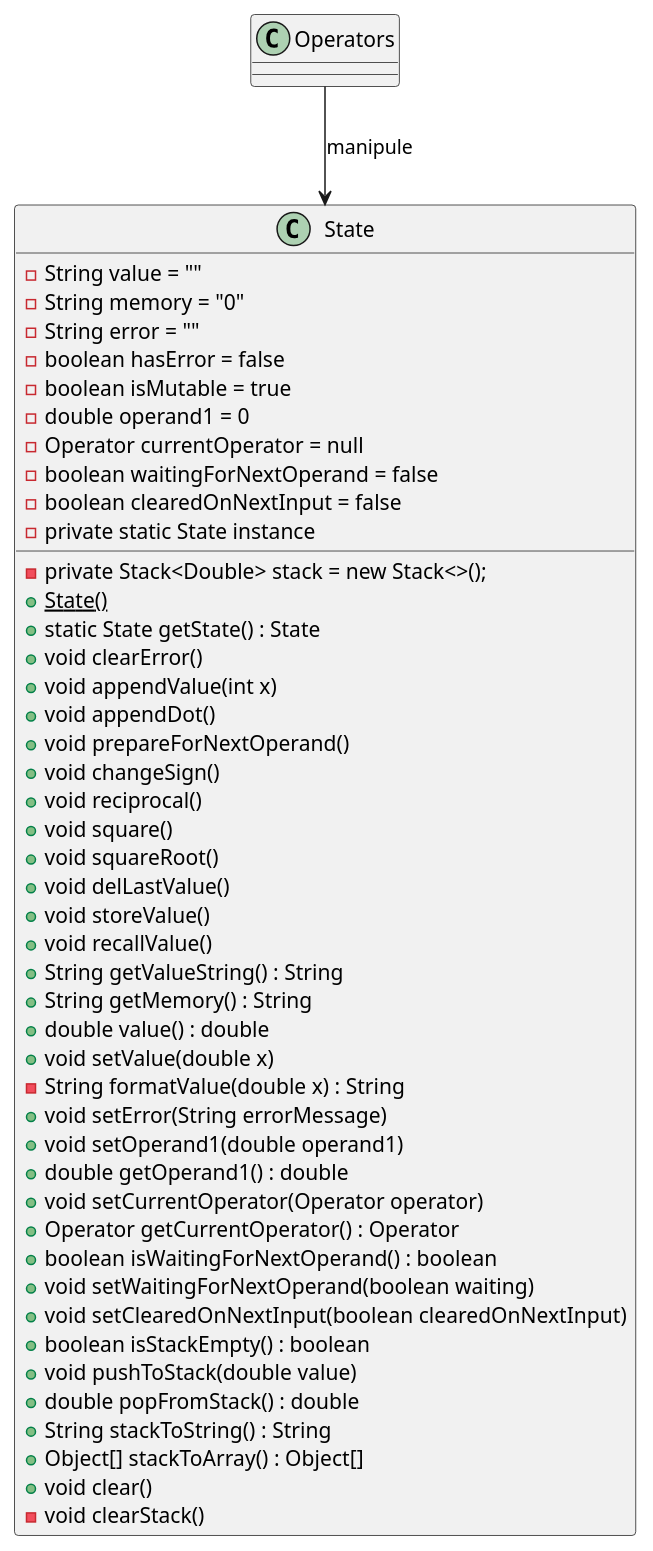
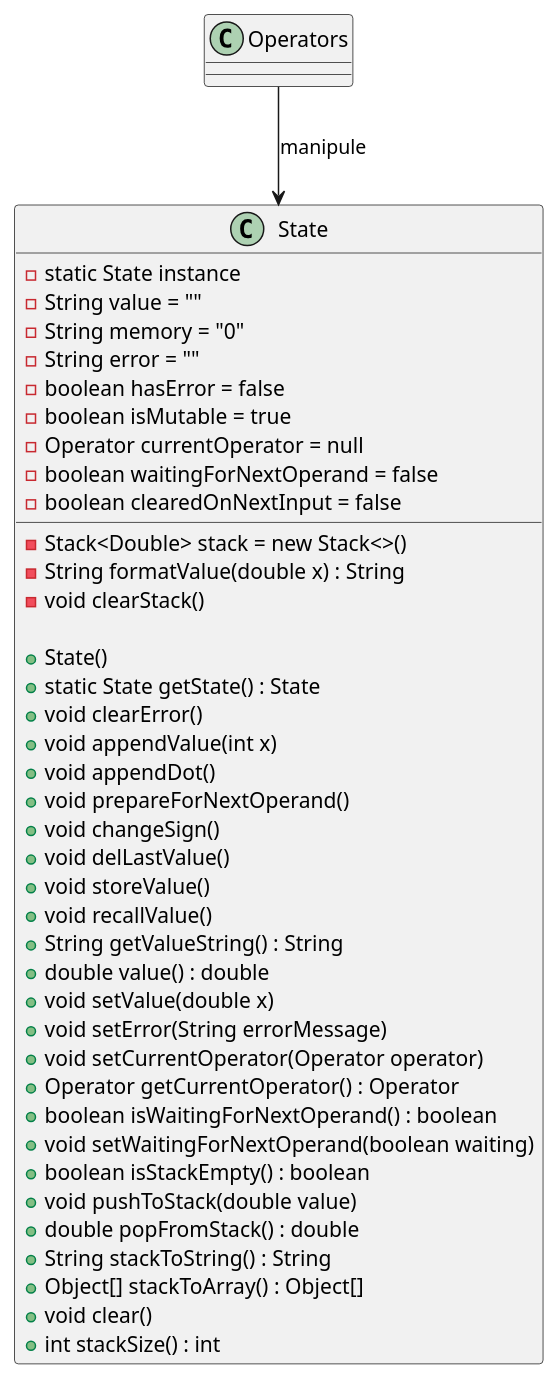
One commit to Dansnts/POO-Labo7 changed the diagram in UML_Diagrams/State_uml.puml. Above: the diagram before and after it, drawn with PlantUML. The commit also changed 15 other files, not shown here.

Commit message:
Tests OK + mise a jour finale des UML

```diff
--- a/UML_Diagrams/State_uml.puml
+++ b/UML_Diagrams/State_uml.puml
@@ -1,51 +1,44 @@
 @startuml
 class State {
+    - static State instance
     - String value = ""
     - String memory = "0"
     - String error = ""
     - boolean hasError = false
     - boolean isMutable = true
-    - double operand1 = 0
     - Operator currentOperator = null
     - boolean waitingForNextOperand = false
     - boolean clearedOnNextInput = false
-    - private Stack<Double> stack = new Stack<>();
-    - private static State instance
+    - Stack<Double> stack = new Stack<>()
+    - String formatValue(double x) : String
+    - void clearStack()
 
-    + State() {static}
+    + State()
     + static State getState() : State
     + void clearError()
     + void appendValue(int x)
     + void appendDot()
     + void prepareForNextOperand()
     + void changeSign()
-    + void reciprocal()
-    + void square()
-    + void squareRoot()
     + void delLastValue()
     + void storeValue()
     + void recallValue()
     + String getValueString() : String
-    + String getMemory() : String
     + double value() : double
     + void setValue(double x)
-    - String formatValue(double x) : String
     + void setError(String errorMessage)
-    + void setOperand1(double operand1)
-    + double getOperand1() : double
     + void setCurrentOperator(Operator operator)
     + Operator getCurrentOperator() : Operator
     + boolean isWaitingForNextOperand() : boolean
     + void setWaitingForNextOperand(boolean waiting)
-    + void setClearedOnNextInput(boolean clearedOnNextInput)
     + boolean isStackEmpty() : boolean
     + void pushToStack(double value)
     + double popFromStack() : double
     + String stackToString() : String
     + Object[] stackToArray() : Object[]
     + void clear()
-    - void clearStack()
+    + int stackSize() : int
 }
 
 Operators --> State : "manipule"
 @enduml
```
